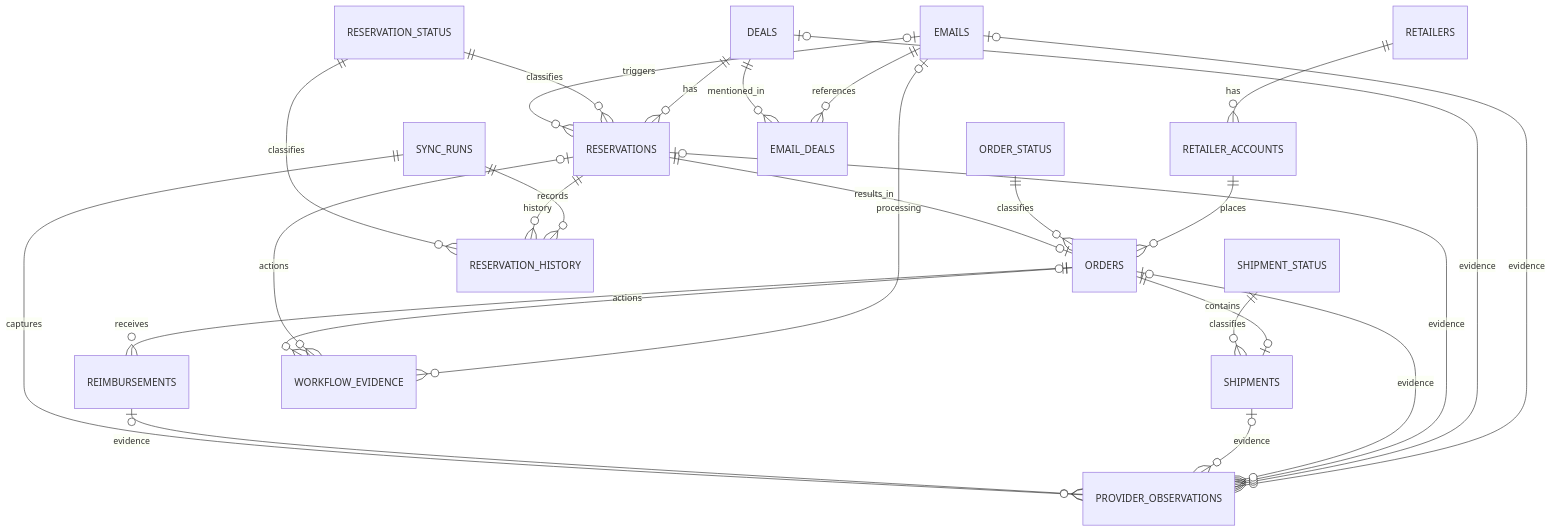
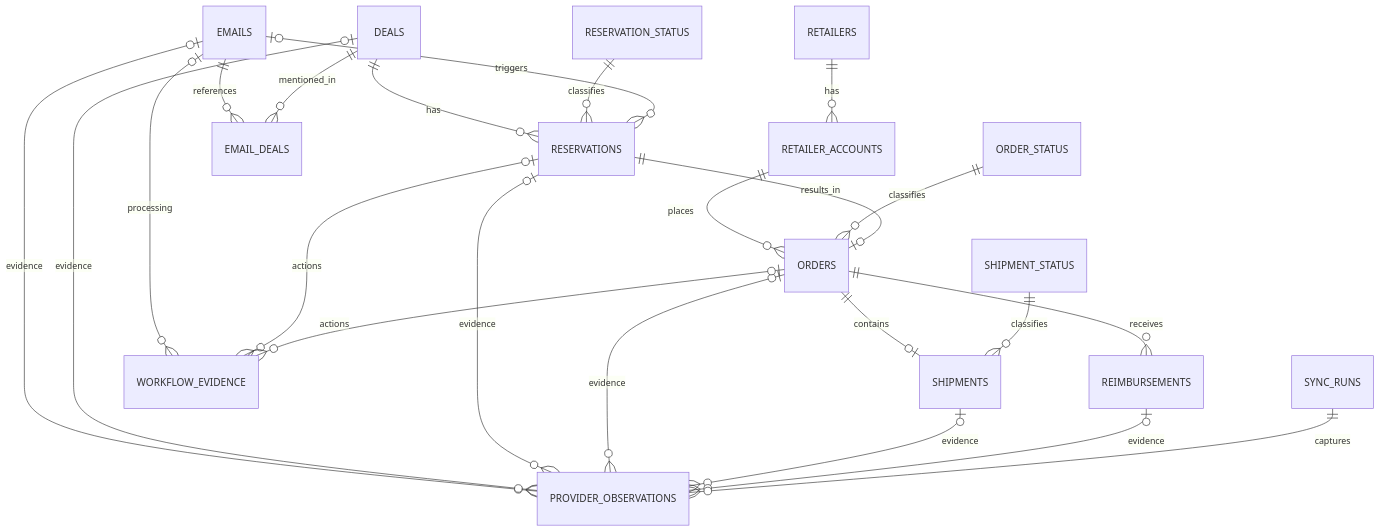
The second of 2 diagrams in docs/BFMR_Solution_Design_Specification_v22.md (z0ned/BFMR-Automation-v2), drawn with Mermaid before and after one commit. The commit also changed other lines of this file and 6 other files, not shown here.

Commit message:
docs: fix reservation payout at creation and remove dedicated history

````diff
--- a/docs/BFMR_Solution_Design_Specification_v22.md
+++ b/docs/BFMR_Solution_Design_Specification_v22.md
@@ -465,28 +469,25 @@
 ```mermaid
  erDiagram
      RETAILERS ||--o{ RETAILER_ACCOUNTS : has
      RETAILER_ACCOUNTS ||--o{ ORDERS : places
      ORDER_STATUS ||--o{ ORDERS : classifies
      DEALS ||--o{ RESERVATIONS : has
      RESERVATION_STATUS ||--o{ RESERVATIONS : classifies
      RESERVATIONS ||--o| ORDERS : results_in
      EMAILS ||--o{ EMAIL_DEALS : references
      DEALS ||--o{ EMAIL_DEALS : mentioned_in
      EMAILS o|--o{ RESERVATIONS : triggers
      ORDERS ||--o{ REIMBURSEMENTS : receives
      ORDERS ||--o| SHIPMENTS : contains
      SHIPMENT_STATUS ||--o{ SHIPMENTS : classifies
      EMAILS o|--o{ PROVIDER_OBSERVATIONS : evidence
      DEALS o|--o{ PROVIDER_OBSERVATIONS : evidence
      RESERVATIONS o|--o{ PROVIDER_OBSERVATIONS : evidence
      ORDERS o|--o{ PROVIDER_OBSERVATIONS : evidence
      SHIPMENTS o|--o{ PROVIDER_OBSERVATIONS : evidence
      REIMBURSEMENTS o|--o{ PROVIDER_OBSERVATIONS : evidence
      EMAILS o|--o{ WORKFLOW_EVIDENCE : processing
      RESERVATIONS o|--o{ WORKFLOW_EVIDENCE : actions
      ORDERS o|--o{ WORKFLOW_EVIDENCE : actions
-     SYNC_RUNS ||--o{ RESERVATION_HISTORY : records
-     RESERVATIONS ||--o{ RESERVATION_HISTORY : history
-     RESERVATION_STATUS ||--o{ RESERVATION_HISTORY : classifies
      SYNC_RUNS ||--o{ PROVIDER_OBSERVATIONS : captures
 ```
````
